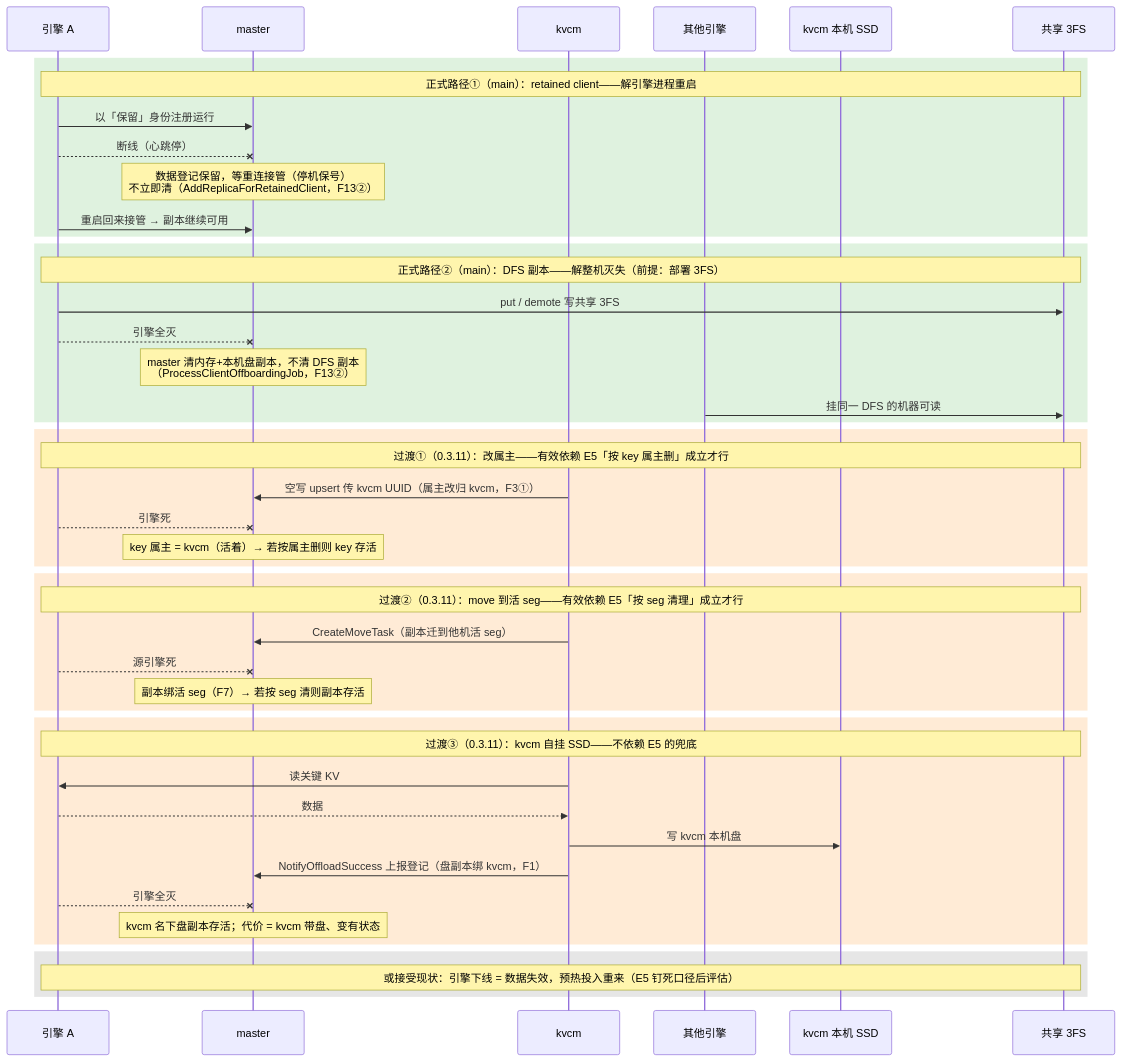
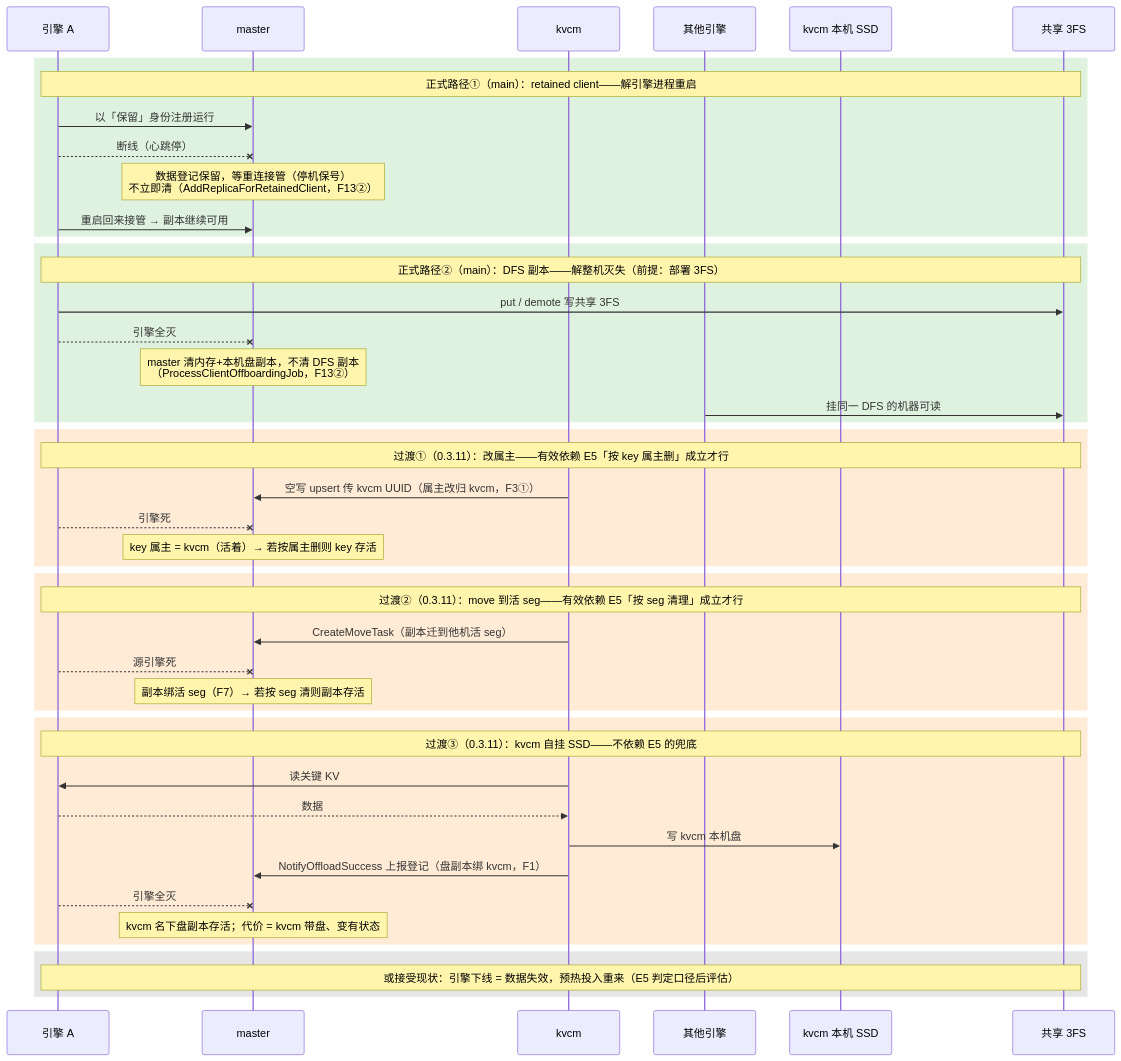
Before and after one commit to 5x8-40/lake: the eighth of 10 diagrams in kvcm/D2-kv-operations.md, drawn with Mermaid. The commit also changed other lines of this file and 4 other files, not shown here.

````diff
--- a/kvcm/D2-kv-operations.md
+++ b/kvcm/D2-kv-operations.md
@@ -573,53 +584,53 @@
 ```mermaid
 sequenceDiagram
     participant E as 引擎 A
     participant M as master
     participant K as kvcm
     participant B as 其他引擎
     participant KS as kvcm 本机 SSD
     participant DFS as 共享 3FS
 
     rect rgb(223, 242, 223)
     Note over E,DFS: 正式路径①（main）：retained client——解引擎进程重启
     E->>M: 以「保留」身份注册运行
     E--xM: 断线（心跳停）
     Note over M: 数据登记保留，等重连接管（停机保号）<br/>不立即清（AddReplicaForRetainedClient，F13②）
     E->>M: 重启回来接管 → 副本继续可用
     end
 
     rect rgb(223, 242, 223)
     Note over E,DFS: 正式路径②（main）：DFS 副本——解整机灭失（前提：部署 3FS）
     E->>DFS: put / demote 写共享 3FS
     E--xM: 引擎全灭
     Note over M: master 清内存+本机盘副本，不清 DFS 副本<br/>（ProcessClientOffboardingJob，F13②）
     B->>DFS: 挂同一 DFS 的机器可读
     end
 
     rect rgb(255, 235, 214)
     Note over E,DFS: 过渡①（0.3.11）：改属主——有效依赖 E5「按 key 属主删」成立才行
     K->>M: 空写 upsert 传 kvcm UUID（属主改归 kvcm，F3①）
     E--xM: 引擎死
     Note over M: key 属主 = kvcm（活着）→ 若按属主删则 key 存活
     end
 
     rect rgb(255, 235, 214)
     Note over E,DFS: 过渡②（0.3.11）：move 到活 seg——有效依赖 E5「按 seg 清理」成立才行
     K->>M: CreateMoveTask（副本迁到他机活 seg）
     E--xM: 源引擎死
     Note over M: 副本绑活 seg（F7）→ 若按 seg 清则副本存活
     end
 
     rect rgb(255, 235, 214)
     Note over E,DFS: 过渡③（0.3.11）：kvcm 自挂 SSD——不依赖 E5 的兜底
     K->>E: 读关键 KV
     E-->>K: 数据
     K->>KS: 写 kvcm 本机盘
     K->>M: NotifyOffloadSuccess 上报登记（盘副本绑 kvcm，F1）
     E--xM: 引擎全灭
     Note over M: kvcm 名下盘副本存活；代价 = kvcm 带盘、变有状态
     end
 
     rect rgb(230, 230, 230)
-    Note over E,DFS: 或接受现状：引擎下线 = 数据失效，预热投入重来（E5 钉死口径后评估）
+    Note over E,DFS: 或接受现状：引擎下线 = 数据失效，预热投入重来（E5 判定口径后评估）
     end
 ```
````
